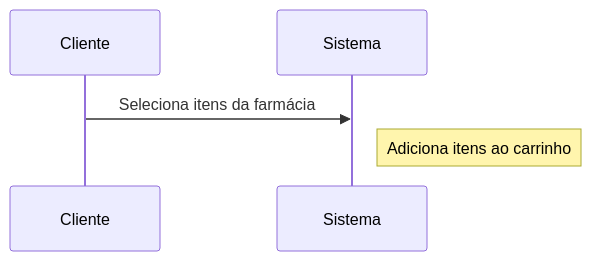
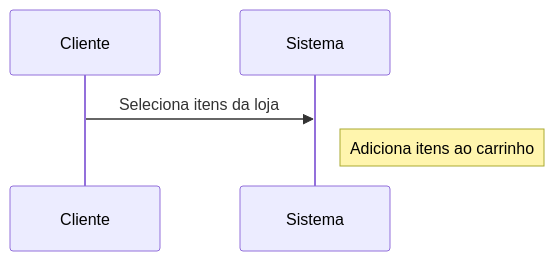
Before and after one commit to UNB-PI2-Grupo3-BracoRobotico/Documentation: the eighth of 8 diagrams in docs/documento_arquitetura.md, drawn with Mermaid. The commit also changed other lines of this file, not shown here.

````diff
--- a/docs/documento_arquitetura.md
+++ b/docs/documento_arquitetura.md
@@ -198,7 +306,7 @@
 ```mermaid
 sequenceDiagram
     participant Cliente
     participant Sistema
-    Cliente->>Sistema: Seleciona itens da farmácia
+    Cliente->>Sistema: Seleciona itens da loja
     note right of Sistema: Adiciona itens ao carrinho
 ```
````
